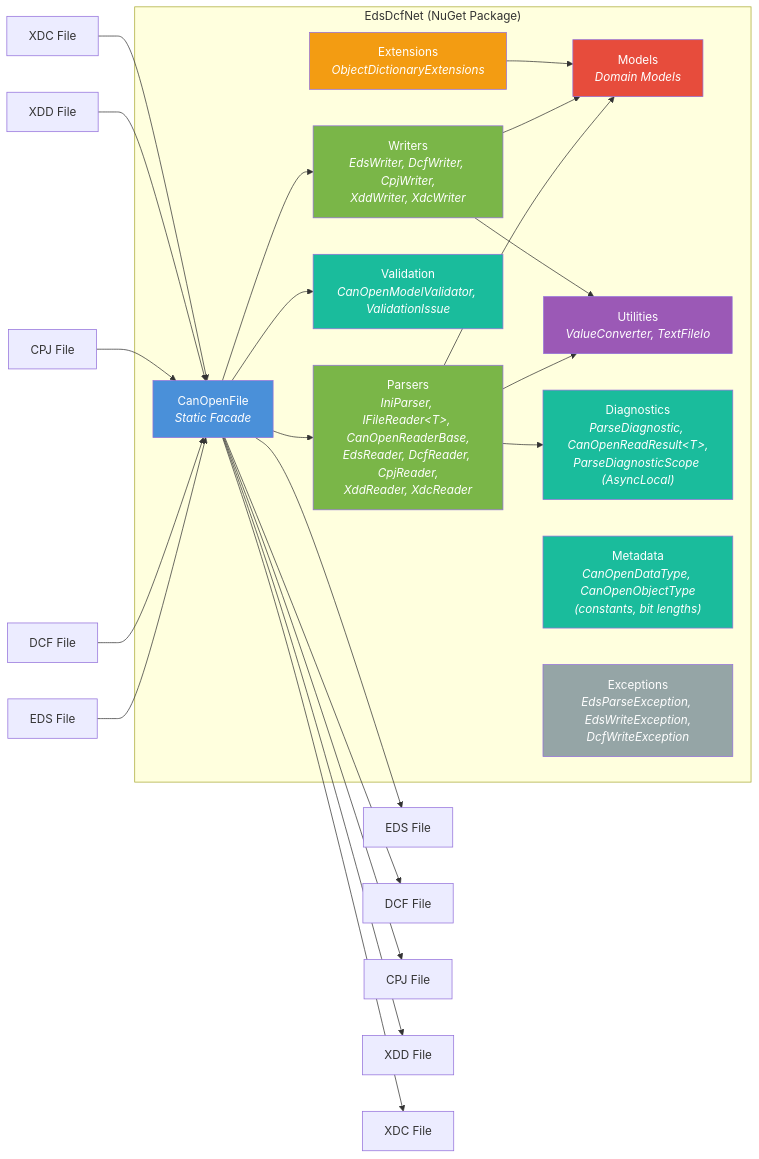
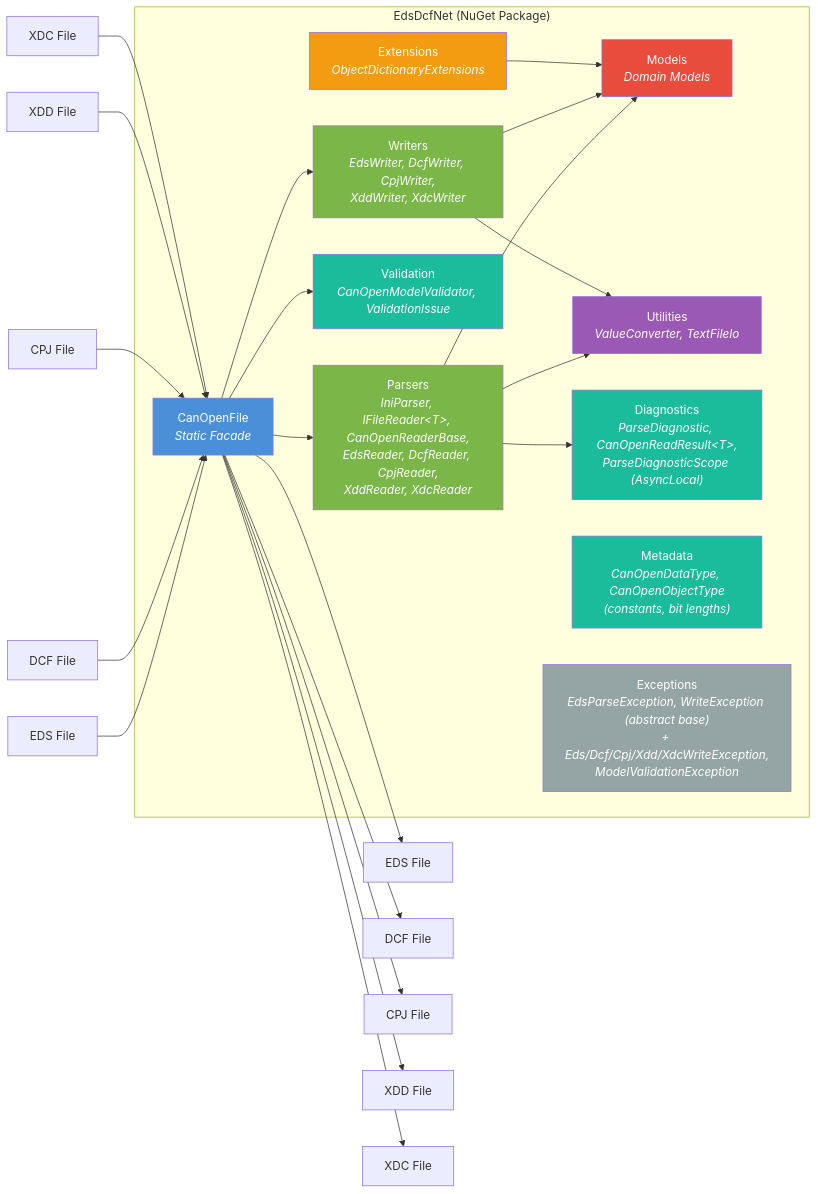
The first of 8 diagrams in docs/architecture/05-building-block-view.md (dborgards/eds-dcf-net), drawn with Mermaid before and after one commit. The commit also changed other lines of this file and 6 other files, not shown here.

````diff
--- a/docs/architecture/05-building-block-view.md
+++ b/docs/architecture/05-building-block-view.md
@@ -5,46 +5,46 @@
 ```mermaid
 graph LR
     subgraph EdsDcfNet ["EdsDcfNet (NuGet Package)"]
         API["CanOpenFile<br/><i>Static Facade</i>"]
         Parsers["Parsers<br/><i>IniParser, IFileReader&lt;T&gt;, CanOpenReaderBase,<br/>EdsReader, DcfReader, CpjReader,<br/>XddReader, XdcReader</i>"]
         Writers["Writers<br/><i>EdsWriter, DcfWriter, CpjWriter,<br/>XddWriter, XdcWriter</i>"]
         Models["Models<br/><i>Domain Models</i>"]
         Utilities["Utilities<br/><i>ValueConverter, TextFileIo</i>"]
         Diagnostics["Diagnostics<br/><i>ParseDiagnostic, CanOpenReadResult&lt;T&gt;,<br/>ParseDiagnosticScope (AsyncLocal)</i>"]
         Validation["Validation<br/><i>CanOpenModelValidator, ValidationIssue</i>"]
         Metadata["Metadata<br/><i>CanOpenDataType, CanOpenObjectType<br/>(constants, bit lengths)</i>"]
         Extensions["Extensions<br/><i>ObjectDictionaryExtensions</i>"]
-        Exceptions["Exceptions<br/><i>EdsParseException, EdsWriteException,<br/>DcfWriteException</i>"]
+        Exceptions["Exceptions<br/><i>EdsParseException, WriteException (abstract base)<br/>+ Eds/Dcf/Cpj/Xdd/XdcWriteException,<br/>ModelValidationException</i>"]
     end
 
     EDS["EDS File"] --> API
     DCF_In["DCF File"] --> API
     CPJ_In["CPJ File"] --> API
     XDD_In["XDD File"] --> API
     XDC_In["XDC File"] --> API
     API --> EDS_Out["EDS File"]
     API --> DCF_Out["DCF File"]
     API --> CPJ_Out["CPJ File"]
     API --> XDD_Out["XDD File"]
     API --> XDC_Out["XDC File"]
     API --> Parsers
     API --> Writers
     API --> Validation
     Parsers --> Models
     Writers --> Models
     Parsers --> Utilities
     Writers --> Utilities
     Parsers --> Diagnostics
     Extensions --> Models
 
     style API fill:#4A90D9,color:#fff
     style Parsers fill:#7AB648,color:#fff
     style Writers fill:#7AB648,color:#fff
     style Models fill:#E74C3C,color:#fff
     style Utilities fill:#9B59B6,color:#fff
     style Diagnostics fill:#1ABC9C,color:#fff
     style Validation fill:#1ABC9C,color:#fff
     style Metadata fill:#1ABC9C,color:#fff
     style Extensions fill:#F39C12,color:#fff
     style Exceptions fill:#95A5A6,color:#fff
 ```
````
